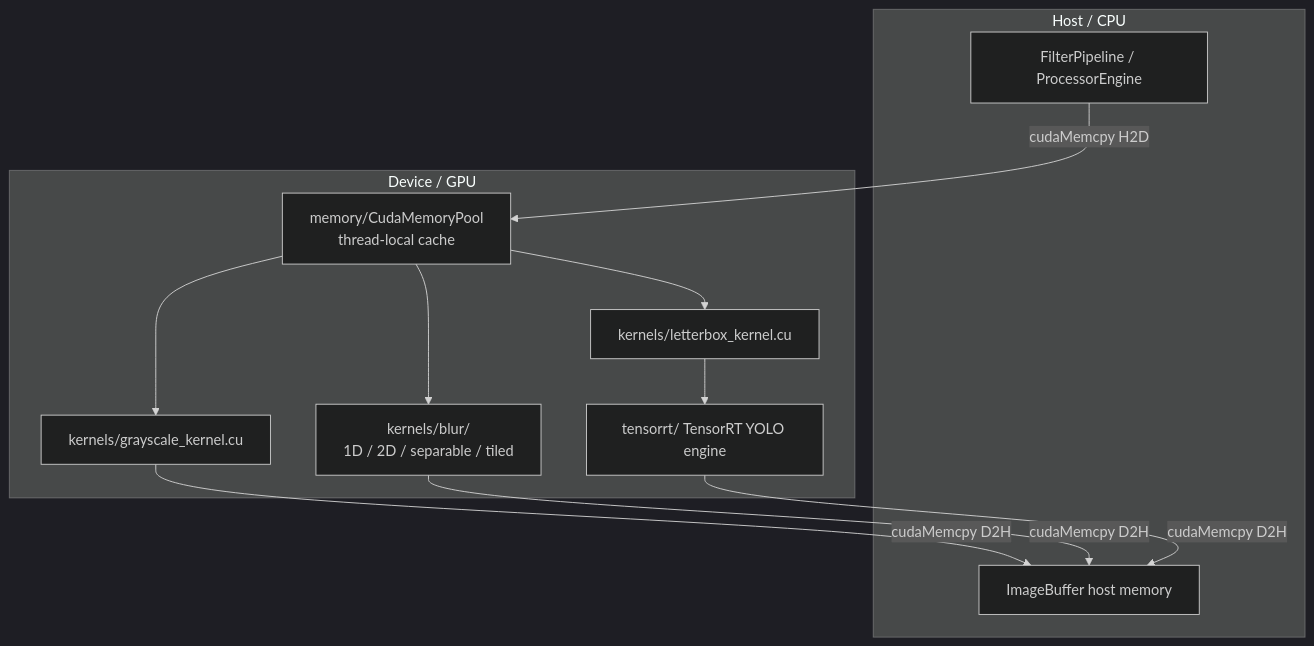
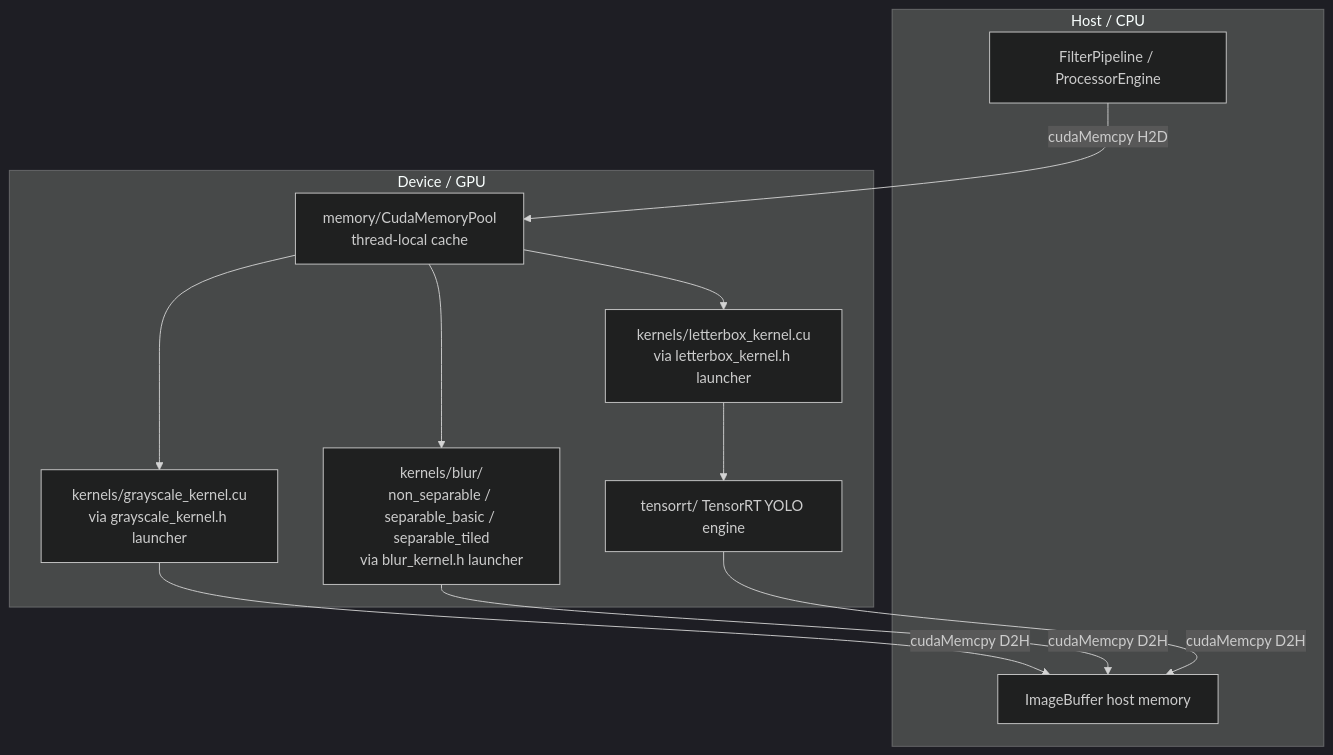
One commit to josnelihurt/learning-cuda changed the first of 10 diagrams in src/cpp_accelerator/adapters/compute/cuda/README.md. Above: the diagram before and after it, drawn with Mermaid (dark theme). The commit also changed other lines of this file and 1 other file, not shown here.

````diff
--- a/src/cpp_accelerator/adapters/compute/cuda/README.md
+++ b/src/cpp_accelerator/adapters/compute/cuda/README.md
@@ -20,24 +20,24 @@
 ```mermaid
 graph TB
     subgraph Host[Host / CPU]
         APP[FilterPipeline / ProcessorEngine]
         BUF[ImageBuffer host memory]
     end
 
     subgraph Device[Device / GPU]
         POOL[memory/CudaMemoryPool<br/>thread-local cache]
-        K1[kernels/grayscale_kernel.cu]
-        K2[kernels/blur/<br/>1D / 2D / separable / tiled]
-        K3[kernels/letterbox_kernel.cu]
+        K1[kernels/grayscale_kernel.cu<br/>via grayscale_kernel.h launcher]
+        K2[kernels/blur/<br/>non_separable / separable_basic / separable_tiled<br/>via blur_kernel.h launcher]
+        K3[kernels/letterbox_kernel.cu<br/>via letterbox_kernel.h launcher]
         TRT[tensorrt/ TensorRT YOLO engine]
     end
 
     APP -->|cudaMemcpy H2D| POOL
     POOL --> K1
     POOL --> K2
     POOL --> K3
     K3 --> TRT
     K1 -->|cudaMemcpy D2H| BUF
     K2 -->|cudaMemcpy D2H| BUF
     TRT -->|cudaMemcpy D2H| BUF
 ```
````
